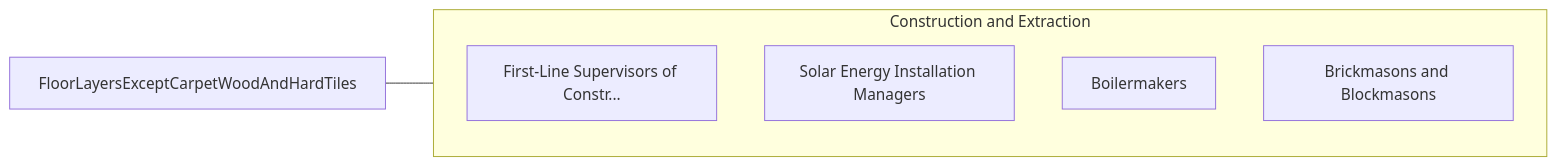
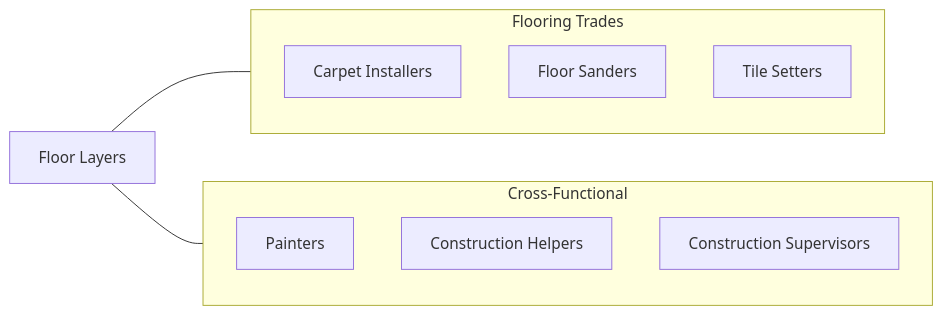
Before and after one commit to kziemski/business.org.ai: the fourth of 4 diagrams in occupations/Construction/FloorLayersExceptCarpetWoodAndHardTiles.mdx, drawn with Mermaid. The commit also changed other lines of this file and 938 other files, not shown here.

````diff
--- a/occupations/Construction/FloorLayersExceptCarpetWoodAndHardTiles.mdx
+++ b/occupations/Construction/FloorLayersExceptCarpetWoodAndHardTiles.mdx
@@ -113,13 +218,19 @@
 ```mermaid
 graph LR
-    Current["FloorLayersExceptCarpetWoodAndHardTiles"]
+    Current["Floor Layers"]
 
-    subgraph SameCategory["Construction and Extraction"]
-        FirstLineSupervisors["First-Line Supervisors of Constr..."]
-        SolarEnergyInstallat["Solar Energy Installation Managers"]
-        Boilermakers["Boilermakers"]
-        BrickmasonsAndBlockm["Brickmasons and Blockmasons"]
+    subgraph SameCategory["Flooring Trades"]
+        Carpet["Carpet Installers"]
+        Sand["Floor Sanders"]
+        Tile["Tile Setters"]
+    end
+
+    subgraph CrossFunctional["Cross-Functional"]
+        Painter["Painters"]
+        Helper["Construction Helpers"]
+        Super["Construction Supervisors"]
     end
 
     Current --- SameCategory
+    Current --- CrossFunctional
 ```
````
